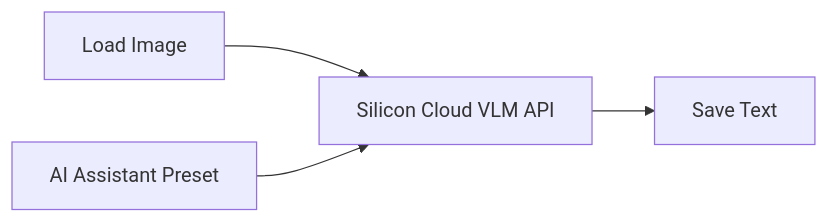
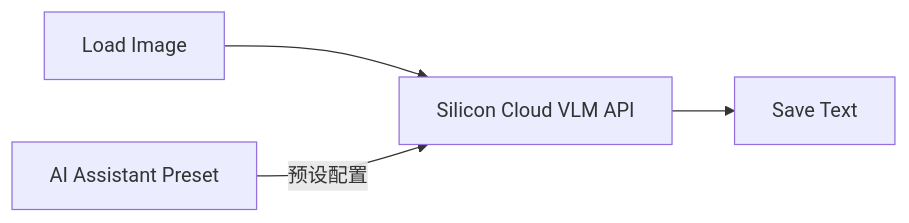
Before and after one commit to axunrun/Axun_Nodes: the second of 6 diagrams in README.md, drawn with Mermaid. The commit also changed other lines of this file, not shown here.

````diff
--- a/README.md
+++ b/README.md
@@ -435,6 +447,6 @@
 ```mermaid
 graph LR
     A[Load Image] --> B[Silicon Cloud VLM API]
-    C[AI Assistant Preset] --> B
+    C[AI Assistant Preset] --> |预设配置| B
     B --> D[Save Text]
 ```
````
